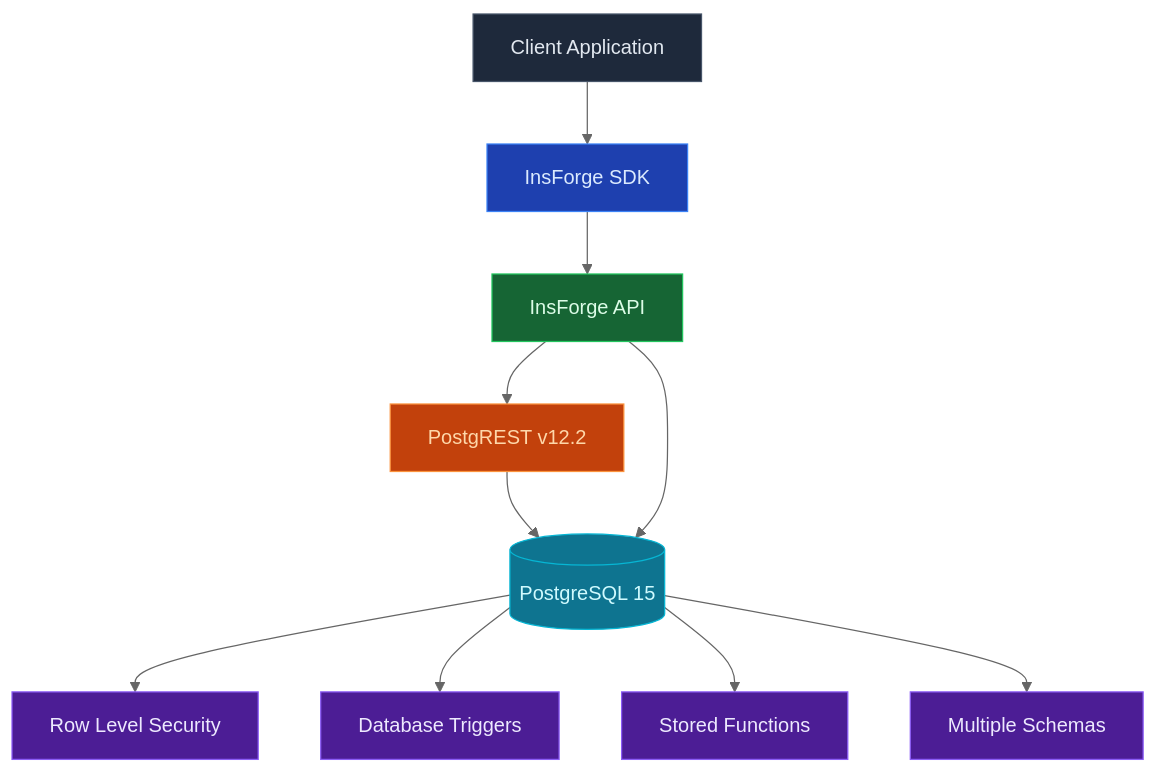
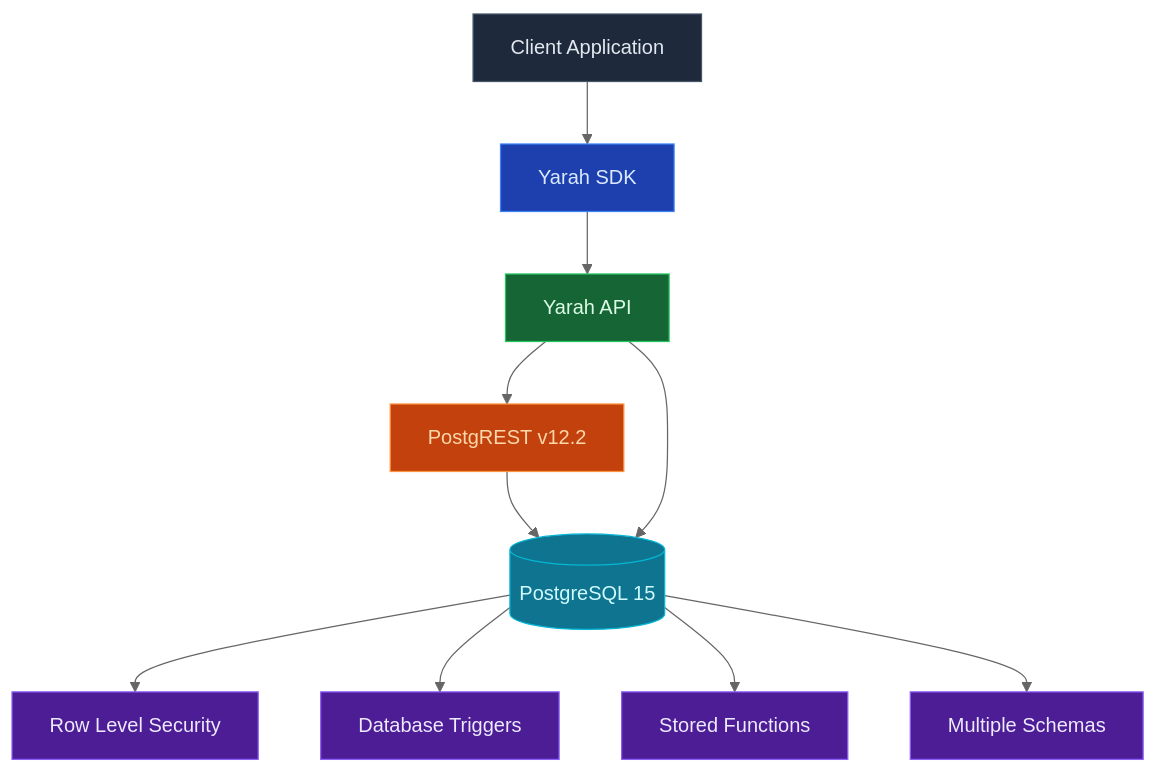
The diagram in docs/core-concepts/database/overview.mdx (Darts7u7/Yarah-oos), drawn with Mermaid (neutral theme) before and after one commit. The commit also changed other lines of this file and 1141 other files, not shown here.

````diff
--- a/docs/core-concepts/database/overview.mdx
+++ b/docs/core-concepts/database/overview.mdx
@@ -17,23 +17,23 @@
 ```mermaid
 graph TB
-    Client[Client Application] --> SDK[InsForge SDK]
-    SDK --> API[InsForge API]
+    Client[Client Application] --> SDK[Yarah SDK]
+    SDK --> API[Yarah API]
     API --> PostgREST[PostgREST v12.2]
     PostgREST --> PG[(PostgreSQL 15)]
     API --> PG
 
     PG --> RLS[Row Level Security]
     PG --> Triggers[Database Triggers]
     PG --> Functions[Stored Functions]
     PG --> Schemas[Multiple Schemas]
 
     style Client fill:#1e293b,stroke:#475569,color:#e2e8f0
     style SDK fill:#1e40af,stroke:#3b82f6,color:#dbeafe
     style API fill:#166534,stroke:#22c55e,color:#dcfce7
     style PostgREST fill:#c2410c,stroke:#fb923c,color:#fed7aa
     style PG fill:#0e7490,stroke:#06b6d4,color:#cffafe
     style RLS fill:#4c1d95,stroke:#8b5cf6,color:#ede9fe
     style Triggers fill:#4c1d95,stroke:#8b5cf6,color:#ede9fe
     style Functions fill:#4c1d95,stroke:#8b5cf6,color:#ede9fe
     style Schemas fill:#4c1d95,stroke:#8b5cf6,color:#ede9fe
 ```
````
